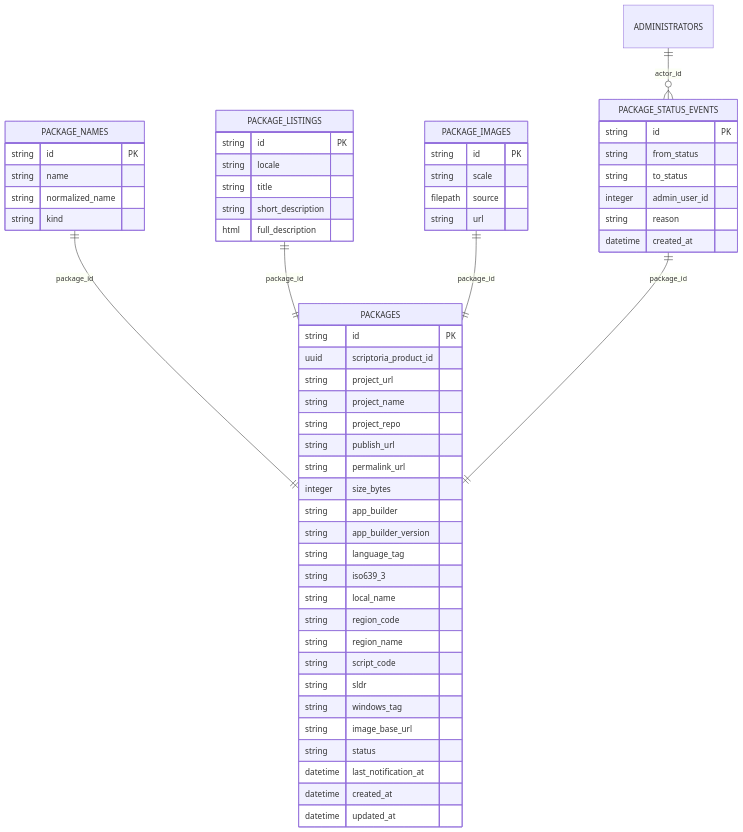
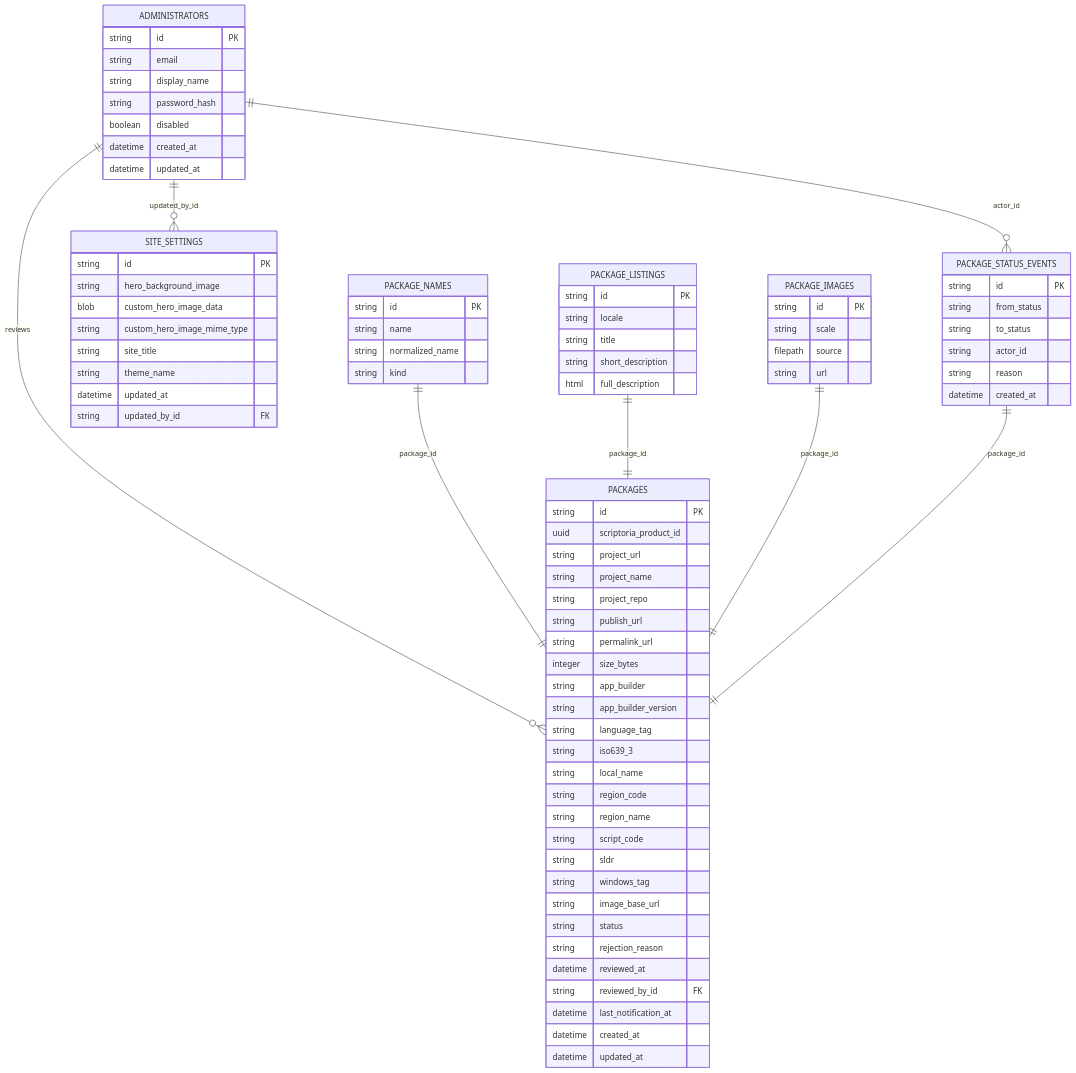
One commit to eomerdws/appbuilder-container-faithtech changed the diagram in docs/database.md. Above: the diagram before and after it, drawn with Mermaid. The commit also changed other lines of this file and 38 other files, not shown here.

````diff
--- a/docs/database.md
+++ b/docs/database.md
@@ -3,6 +3,18 @@
 ```mermaid
 erDiagram
+    ADMINISTRATORS ||--o{ PACKAGES : reviews
     ADMINISTRATORS ||--o{ PACKAGE_STATUS_EVENTS : "actor_id"
+    ADMINISTRATORS ||--o{ SITE_SETTINGS : "updated_by_id"
+
+    ADMINISTRATORS {
+        string id PK
+        string email
+        string display_name
+        string password_hash
+        boolean disabled
+        datetime created_at
+        datetime updated_at
+    }
 
     PACKAGES {
         string id PK
@@ -25,6 +37,9 @@
         string windows_tag
         string image_base_url
         string status
+        string rejection_reason
+        datetime reviewed_at
+        string reviewed_by_id FK
         datetime last_notification_at
         datetime created_at
         datetime updated_at
@@ -60,8 +75,19 @@
         string id PK
         string from_status
         string to_status
-        integer admin_user_id
+        string actor_id
         string reason
         datetime created_at
     }
+
+    SITE_SETTINGS {
+        string id PK
+        string hero_background_image
+        blob custom_hero_image_data
+        string custom_hero_image_mime_type
+        string site_title
+        string theme_name
+        datetime updated_at
+        string updated_by_id FK
+    }
 ```
````
